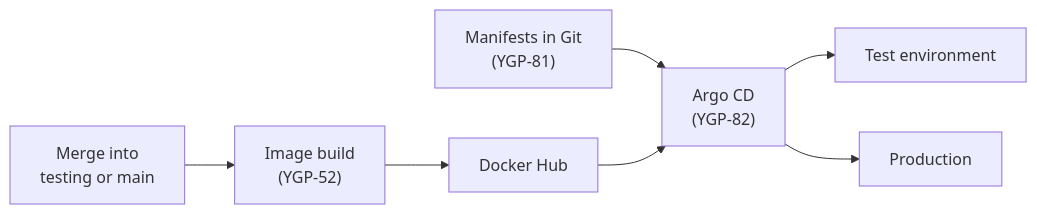
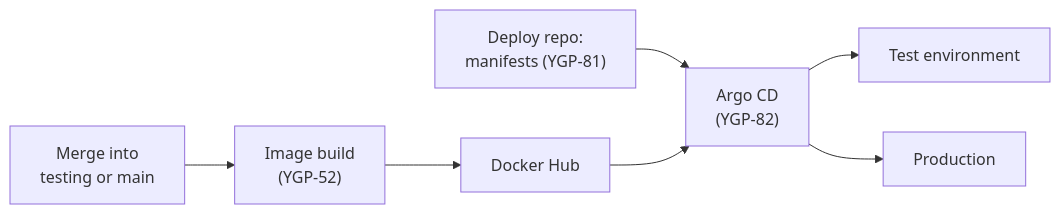
Before and after one commit to WH1TE-SHAD0W/ai-dubbing-studio: the diagram in docs/deployment.md, drawn with Mermaid. The commit also changed other lines of this file and 1 other file, not shown here.

First line of the commit message:
docs: the K8s manifests live in their own deploy repo (YGP-81)

````diff
--- a/docs/deployment.md
+++ b/docs/deployment.md
@@ -69,9 +69,9 @@
 ```mermaid
 flowchart LR
     merge["Merge into<br>testing or main"] --> build["Image build<br>(YGP-52)"]
     build --> hub["Docker Hub"]
-    git["Manifests in Git<br>(YGP-81)"] --> argo["Argo CD<br>(YGP-82)"]
+    git["Deploy repo:<br>manifests (YGP-81)"] --> argo["Argo CD<br>(YGP-82)"]
     hub --> argo
     argo --> test["Test environment"]
     argo --> prod["Production"]
 ```
````
